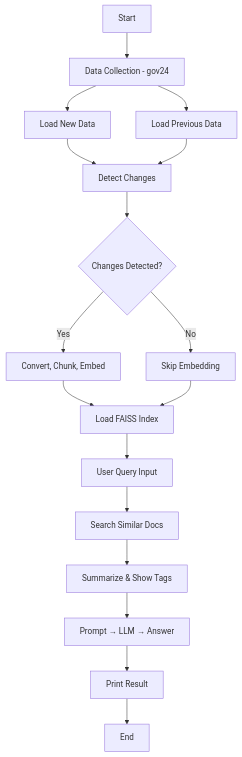
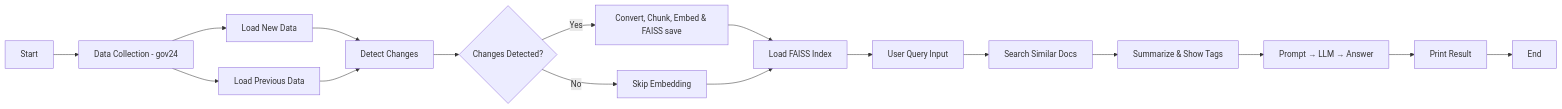
One commit to UpstageAILab6/upstageailab-nlp-langchainpjt-langchain-3 changed the diagram in KJH/workflow.mmd. Above: the diagram before and after it, drawn with Mermaid. The commit also changed 2 other files, not shown here.

```diff
--- a/KJH/workflow.mmd
+++ b/KJH/workflow.mmd
@@ -1,18 +1,18 @@
-graph TD
+graph LR
 
 A[Start] --> B[Data Collection - gov24]
 B --> C[Load New Data]
 B --> D[Load Previous Data]
 C & D --> E[Detect Changes]
 
 E --> F{Changes Detected?}
-F -- Yes --> G[Convert, Chunk, Embed]
+F -- Yes --> G[Convert, Chunk, Embed & FAISS save]
 F -- No --> H[Skip Embedding]
 
 G & H --> I[Load FAISS Index]
 I --> J[User Query Input]
 J --> K[Search Similar Docs]
 K --> L[Summarize & Show Tags]
 L --> M[Prompt → LLM → Answer]
 M --> N[Print Result]
 N --> O[End]
```
